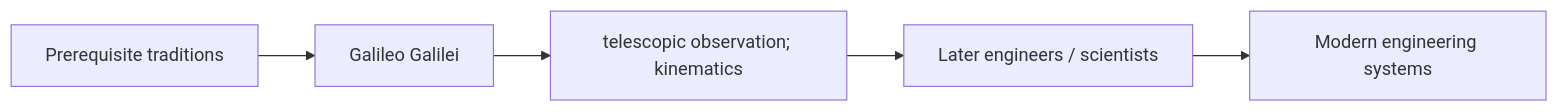
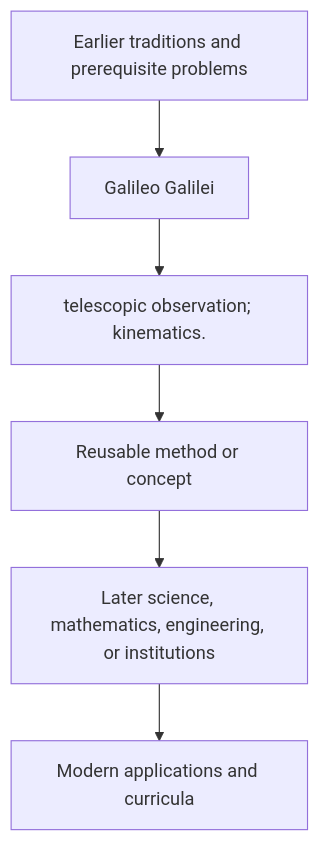
The diagram in docs/history/galileo-galilei/influence.md (via-decide/ViaLogic), drawn with Mermaid before and after one commit. The commit also changed other lines of this file and 858 other files, not shown here.

````diff
--- a/docs/history/galileo-galilei/influence.md
+++ b/docs/history/galileo-galilei/influence.md
@@ -29,7 +16,8 @@
 ```mermaid
-graph LR
-  prerequisites["Prerequisite traditions"] --> current["Galileo Galilei"]
-  current --> contribution["telescopic observation; kinematics"]
-  contribution --> successors["Later engineers / scientists"]
-  successors --> modern["Modern engineering systems"]
+graph TD
+  Prior[Earlier traditions and prerequisite problems] --> Person[Galileo Galilei]
+  Person --> Contribution[telescopic observation; kinematics.]
+  Contribution --> Method[Reusable method or concept]
+  Method --> Later[Later science, mathematics, engineering, or institutions]
+  Later --> Modern[Modern applications and curricula]
 ```
````
